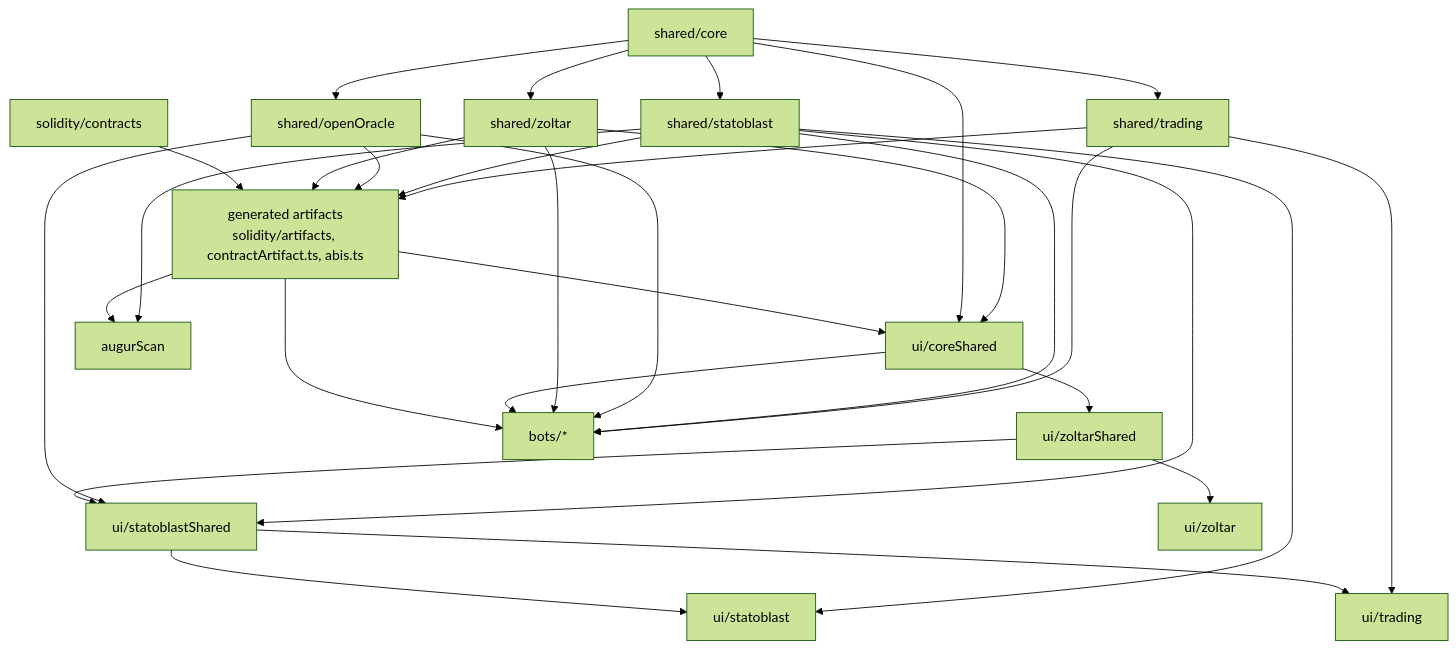
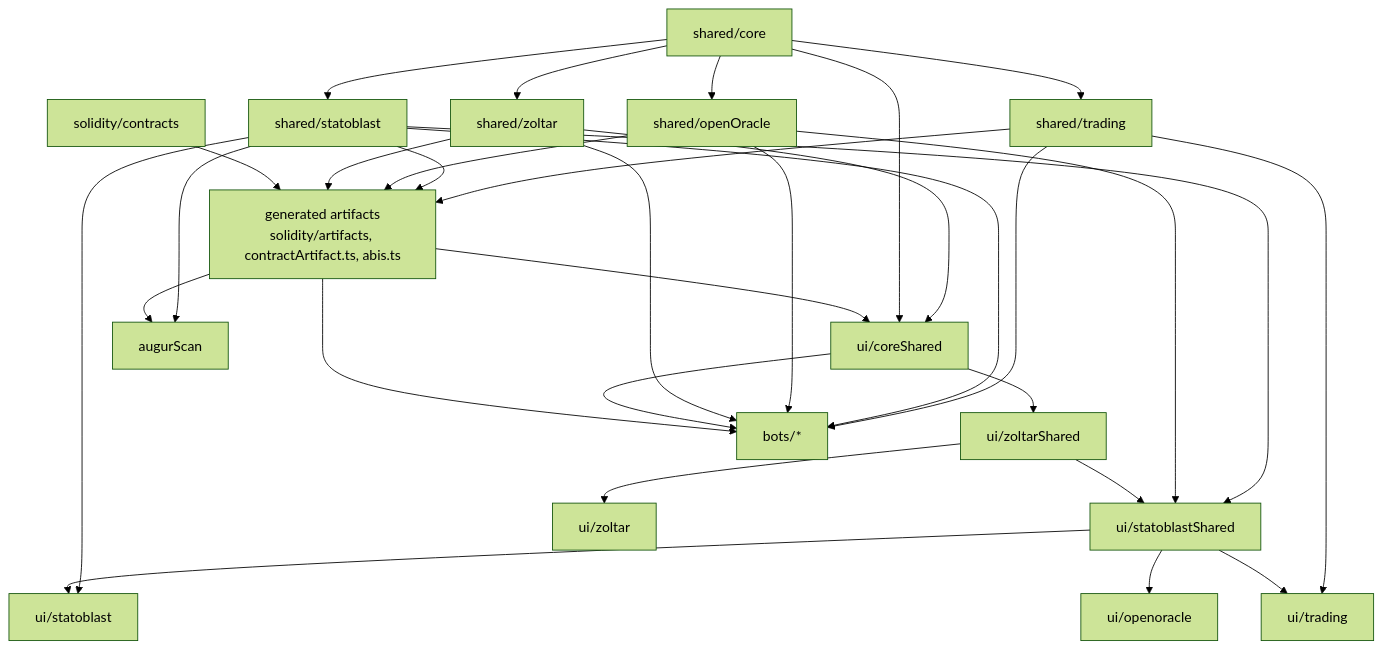
Before and after one commit to AugurProject/zoltar: the diagram in ARCHITECTURE.md, drawn with Mermaid (forest theme). The commit also changed other lines of this file and 127 other files, not shown here.

First line of the commit message:
Separate OpenOracle console from Statoblast (#1167)

````diff
--- a/ARCHITECTURE.md
+++ b/ARCHITECTURE.md
@@ -22,14 +22,15 @@
 ```mermaid
 flowchart TD
 	contracts[solidity/contracts] --> artifacts[generated artifacts<br/>solidity/artifacts, contractArtifact.ts, abis.ts]
 	sharedCore[shared/core] --> sharedZoltar[shared/zoltar] & sharedOpenOracle[shared/openOracle] & sharedStatoblast[shared/statoblast] & sharedTrading[shared/trading]
 	sharedZoltar & sharedOpenOracle & sharedStatoblast & sharedTrading --> artifacts
 	artifacts & sharedCore & sharedZoltar --> uiCore[ui/coreShared]
 	uiCore --> uiZoltarShared[ui/zoltarShared] --> uiStatoblastShared[ui/statoblastShared]
 	sharedOpenOracle & sharedStatoblast --> uiStatoblastShared
 	uiZoltarShared --> appZoltar[ui/zoltar]
 	uiStatoblastShared & sharedStatoblast --> appStatoblast[ui/statoblast]
+	uiStatoblastShared --> appOpenOracle[ui/openoracle]
 	uiStatoblastShared & sharedTrading --> appTrading[ui/trading]
 	artifacts & uiCore & sharedZoltar & sharedOpenOracle & sharedStatoblast & sharedTrading --> bots[bots/*]
 	artifacts & sharedStatoblast --> augurScan[augurScan]
 ```
````
